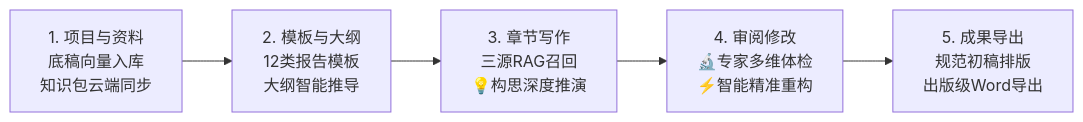
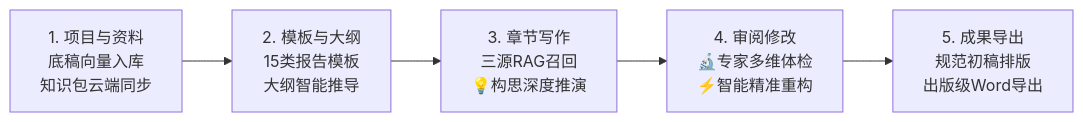
The third of 3 diagrams in docs/USER_GUIDE.md (atalanta0505/FairyReport), drawn with Mermaid before and after one commit. The commit also changed other lines of this file and 1 other file, not shown here.

````diff
--- a/docs/USER_GUIDE.md
+++ b/docs/USER_GUIDE.md
@@ -137,7 +137,7 @@
 ```mermaid
 flowchart LR
-    S1["1. 项目与资料\n底稿向量入库\n知识包云端同步"] --> S2["2. 模板与大纲\n12类报告模板\n大纲智能推导"]
+    S1["1. 项目与资料\n底稿向量入库\n知识包云端同步"] --> S2["2. 模板与大纲\n15类报告模板\n大纲智能推导"]
     S2 --> S3["3. 章节写作\n三源RAG召回\n💡构思深度推演"]
     S3 --> S4["4. 审阅修改\n🔬专家多维体检\n⚡智能精准重构"]
     S4 --> S5["5. 成果导出\n规范初稿排版\n出版级Word导出"]
 ```
````
